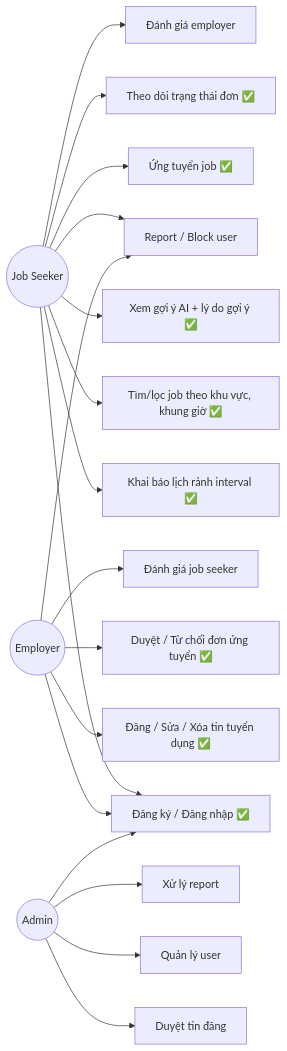
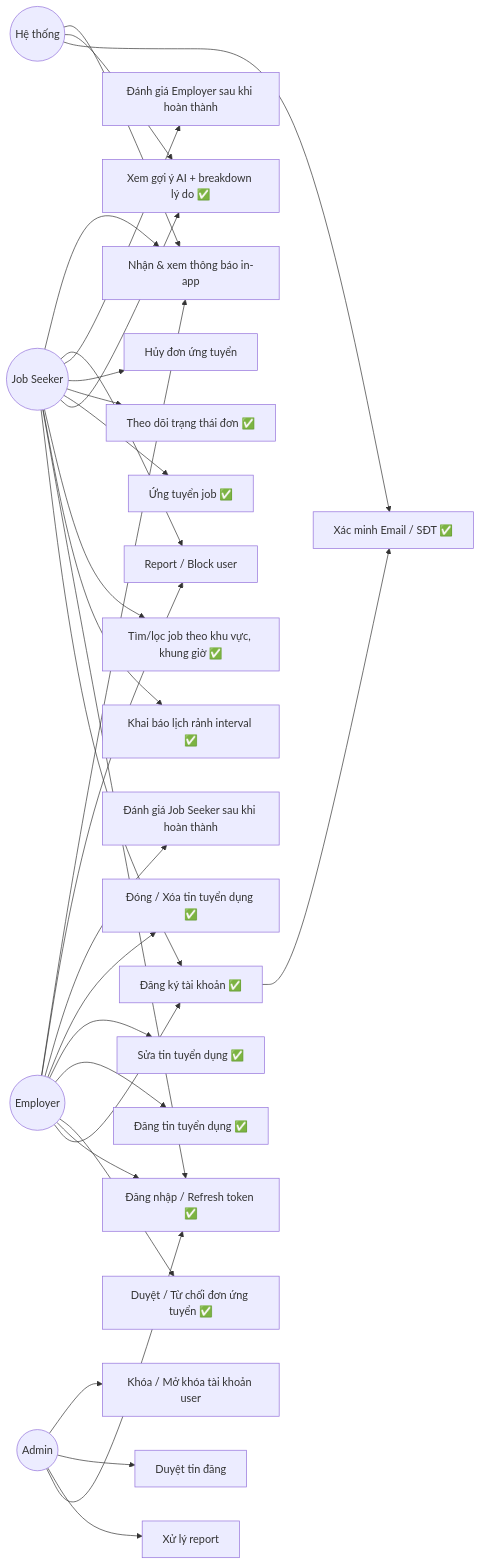
One commit to VanSyx/DATN_TimViecPartTime changed the diagram in docs/design/use-case.md. Above: the diagram before and after it, drawn with Mermaid. The commit also changed other lines of this file and 4 other files, not shown here.

````diff
--- a/docs/design/use-case.md
+++ b/docs/design/use-case.md
@@ -5,26 +5,55 @@
 ```mermaid
 flowchart LR
     JS((Job Seeker))
     EMP((Employer))
     ADM((Admin))
+    SYS((Hệ thống))
 
-    JS --> UC1[Đăng ký / Đăng nhập ✅]
-    JS --> UC2[Khai báo lịch rảnh interval ✅]
-    JS --> UC3[Tìm/lọc job theo khu vực, khung giờ ✅]
-    JS --> UC4[Xem gợi ý AI + lý do gợi ý ✅]
-    JS --> UC5[Ứng tuyển job ✅]
-    JS --> UC6[Theo dõi trạng thái đơn ✅]
-    JS --> UC7[Đánh giá employer]
-    JS --> UC8[Report / Block user]
+    %% FR1 - Auth
+    JS --> UC1[Đăng ký tài khoản ✅]
+    JS --> UC2[Đăng nhập / Refresh token ✅]
+    EMP --> UC1
+    EMP --> UC2
+    ADM --> UC2
 
-    EMP --> UC1
-    EMP --> UC9[Đăng / Sửa / Xóa tin tuyển dụng ✅]
+    %% FR8 - Verification
+    UC1 --> UC3[Xác minh Email / SĐT ✅]
+    SYS --> UC3
+
+    %% FR3 - Availability + Search
+    JS --> UC4[Khai báo lịch rảnh interval ✅]
+    JS --> UC5[Tìm/lọc job theo khu vực, khung giờ ✅]
+
+    %% FR4 - AI Recommendation
+    JS --> UC6[Xem gợi ý AI + breakdown lý do ✅]
+    SYS --> UC6
+
+    %% FR5 - Application flow
+    JS --> UC7[Ứng tuyển job ✅]
+    JS --> UC8[Theo dõi trạng thái đơn ✅]
+    JS --> UC9[Hủy đơn ứng tuyển]
     EMP --> UC10[Duyệt / Từ chối đơn ứng tuyển ✅]
-    EMP --> UC11[Đánh giá job seeker]
-    EMP --> UC8
 
-    ADM --> UC1
-    ADM --> UC12[Duyệt tin đăng]
-    ADM --> UC13[Quản lý user]
-    ADM --> UC14[Xử lý report]
+    %% FR2 - Job CRUD
+    EMP --> UC11[Đăng tin tuyển dụng ✅]
+    EMP --> UC12[Sửa tin tuyển dụng ✅]
+    EMP --> UC13[Đóng / Xóa tin tuyển dụng ✅]
+
+    %% FR6 - Rating
+    JS --> UC14[Đánh giá Employer sau khi hoàn thành]
+    EMP --> UC15[Đánh giá Job Seeker sau khi hoàn thành]
+
+    %% FR7 - Trust & Safety
+    JS --> UC16[Report / Block user]
+    EMP --> UC16
+    ADM --> UC17[Xử lý report]
+
+    %% FR9 - Notification
+    JS --> UC18[Nhận & xem thông báo in-app]
+    EMP --> UC18
+    SYS --> UC18
+
+    %% FR10 - Admin
+    ADM --> UC19[Duyệt tin đăng]
+    ADM --> UC20[Khóa / Mở khóa tài khoản user]
 ```
````
